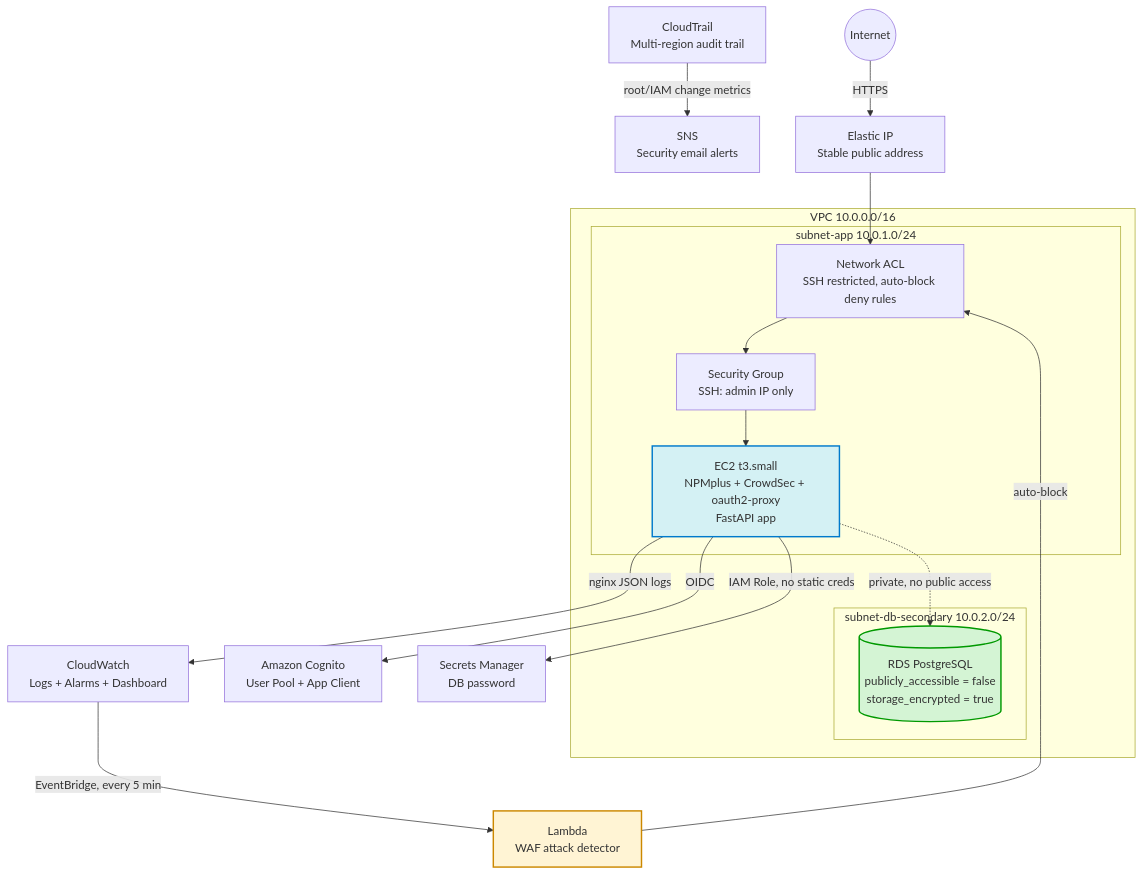
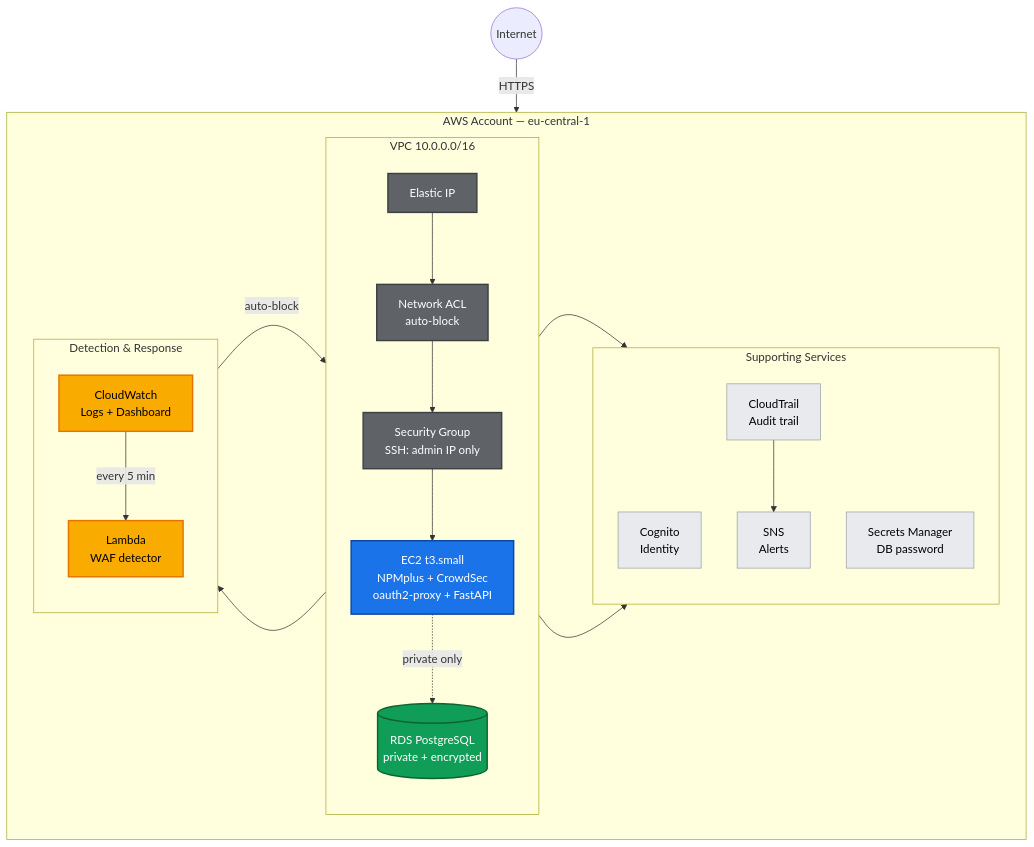
One commit to VladvonTranssylvanien/learningsteps-lockdown-on-AWS changed the diagram in README.md. Above: the diagram before and after it, drawn with Mermaid.

Commit message:
Individual screenshots per section, classDef Mermaid diagram with guaranteed text contrast

````diff
--- a/README.md
+++ b/README.md
@@ -35,36 +35,52 @@
 ```mermaid
-graph TB
+graph TD
     Internet((Internet))
 
-    subgraph VPC["VPC 10.0.0.0/16"]
-        subgraph AppSubnet["subnet-app 10.0.1.0/24"]
-            NACL["Network ACL<br/>SSH restricted, auto-block deny rules"]
-            SG_APP["Security Group<br/>SSH: admin IP only"]
-            EC2["EC2 t3.small<br/>NPMplus + CrowdSec + oauth2-proxy<br/>FastAPI app"]
+    subgraph AWS["AWS Account — eu-central-1"]
+        direction LR
+
+        subgraph Support["Supporting Services"]
+            direction TB
+            Cognito["Cognito<br/>Identity"]
+            Secrets["Secrets Manager<br/>DB password"]
+            CT["CloudTrail<br/>Audit trail"]
+            SNS["SNS<br/>Alerts"]
         end
-        subgraph DBSubnet["subnet-db-secondary 10.0.2.0/24"]
-            RDS[("RDS PostgreSQL<br/>publicly_accessible = false<br/>storage_encrypted = true")]
+
+        subgraph Net["VPC 10.0.0.0/16"]
+            direction TB
+            EIP["Elastic IP"]
+            NACL["Network ACL<br/>auto-block"]
+            SG["Security Group<br/>SSH: admin IP only"]
+            EC2["EC2 t3.small<br/>NPMplus + CrowdSec<br/>oauth2-proxy + FastAPI"]
+            RDS[("RDS PostgreSQL<br/>private + encrypted")]
+        end
+
+        subgraph Detect["Detection & Response"]
+            direction TB
+            CW["CloudWatch<br/>Logs + Dashboard"]
+            Lambda["Lambda<br/>WAF detector"]
         end
     end
 
-    Cognito["Amazon Cognito<br/>User Pool + App Client"]
-    Secrets["Secrets Manager<br/>DB password"]
-    Lambda["Lambda<br/>WAF attack detector"]
-    CW["CloudWatch<br/>Logs + Alarms + Dashboard"]
-    CT["CloudTrail<br/>Multi-region audit trail"]
-    SNS["SNS<br/>Security email alerts"]
-    EIP["Elastic IP<br/>Stable public address"]
+    Internet -->|HTTPS| EIP --> NACL --> SG --> EC2
+    EC2 --> Secrets
+    EC2 --> Cognito
+    EC2 --> CW
+    CW -->|every 5 min| Lambda
+    Lambda -->|auto-block| NACL
+    EC2 -.->|private only| RDS
+    CT --> SNS
 
-    Internet -->|HTTPS| EIP --> NACL --> SG_APP --> EC2
-    EC2 -->|IAM Role, no static creds| Secrets
-    EC2 -->|OIDC| Cognito
-    EC2 -->|nginx JSON logs| CW
-    CW -->|EventBridge, every 5 min| Lambda
-    Lambda -->|auto-block| NACL
-    EC2 -.->|private, no public access| RDS
-    CT -->|root/IAM change metrics| SNS
+    classDef compute fill:#1a73e8,stroke:#0d47a1,color:#ffffff,stroke-width:2px
+    classDef data fill:#0f9d58,stroke:#0d652d,color:#ffffff,stroke-width:2px
+    classDef detect fill:#f9ab00,stroke:#e37400,color:#000000,stroke-width:2px
+    classDef net fill:#5f6368,stroke:#3c4043,color:#ffffff,stroke-width:2px
+    classDef support fill:#e8eaed,stroke:#9aa0a6,color:#000000,stroke-width:1px
 
-    style EC2 fill:#d4f1f4,stroke:#007acc,stroke-width:2px
-    style RDS fill:#d4f4d4,stroke:#009900,stroke-width:2px
-    style Lambda fill:#fff4d4,stroke:#cc8800,stroke-width:2px
+    class EC2 compute
+    class RDS data
+    class Lambda,CW detect
+    class EIP,NACL,SG net
+    class Cognito,Secrets,CT,SNS support
 ```
````
